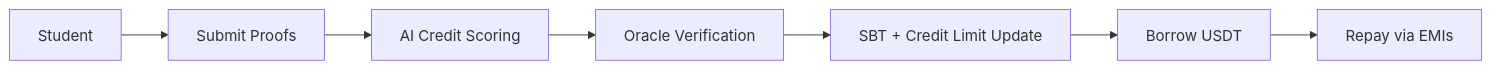
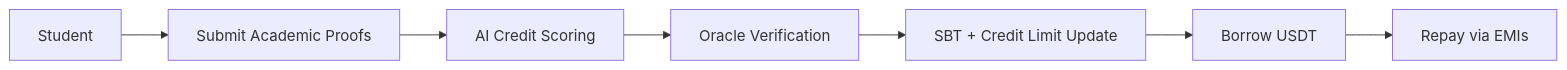
The first of 2 diagrams in README.md (Amanparashar-09/Credora), drawn with Mermaid before and after one commit. The commit also changed other lines of this file and 3 other files, not shown here.

````diff
--- a/README.md
+++ b/README.md
@@ -231,9 +565,9 @@
 ```mermaid
 graph LR
-    A[Student] --> B[Submit Proofs]
+    A[Student] --> B[Submit Academic Proofs]
     B --> C[AI Credit Scoring]
     C --> D[Oracle Verification]
     D --> E[SBT + Credit Limit Update]
     E --> F[Borrow USDT]
     F --> G[Repay via EMIs]
 ```
````
